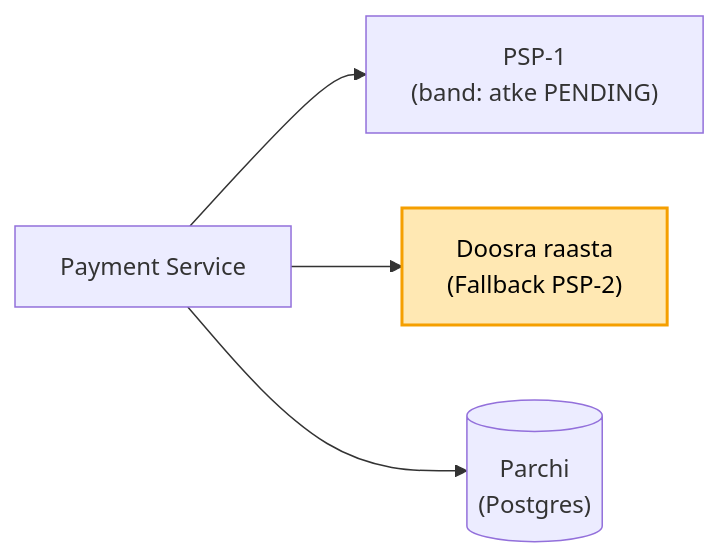
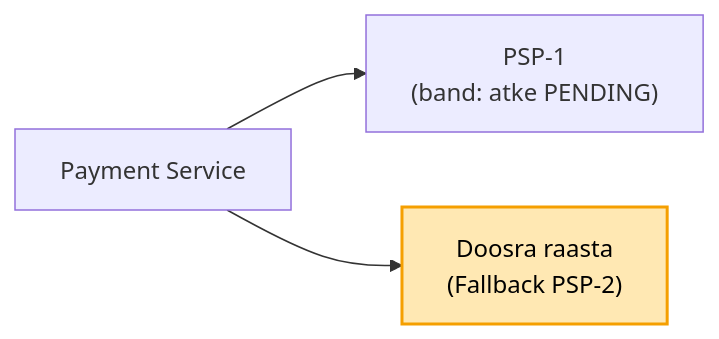
One commit to ArpanMaheshwari144/Prep changed the fourth of 11 diagrams in 04_HLD/SYSTEM_DESIGNS/06_payment_system/06_payment_system.md. Above: the diagram before and after it, drawn with Mermaid. The commit also changed other lines of this file and 17 other files, not shown here.

Commit message:
HLD: 17 main files hand notes se milaye (har block alag section, kahani + asli naam, mermaid), technical naam bhi rakhe

````diff
--- a/04_HLD/SYSTEM_DESIGNS/06_payment_system/06_payment_system.md
+++ b/04_HLD/SYSTEM_DESIGNS/06_payment_system/06_payment_system.md
@@ -88,7 +87,6 @@
 ```mermaid
 flowchart LR
     S["Payment Service"] --> P1["PSP-1<br/>(band: atke PENDING)"]
     S --> P2["Doosra raasta<br/>(Fallback PSP-2)"]
-    S --> D[("Parchi<br/>(Postgres)")]
     style P2 fill:#ffe8b3,stroke:#f59f00,stroke-width:2px,color:#000
 ```
````
